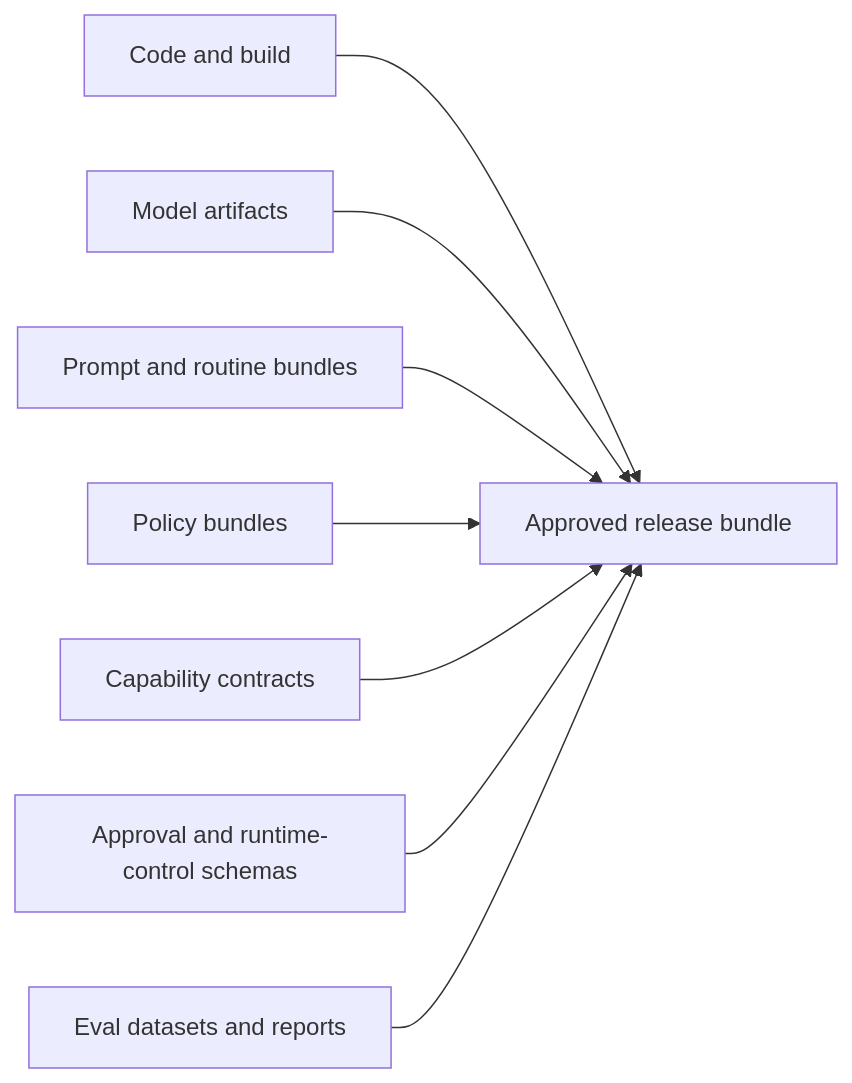
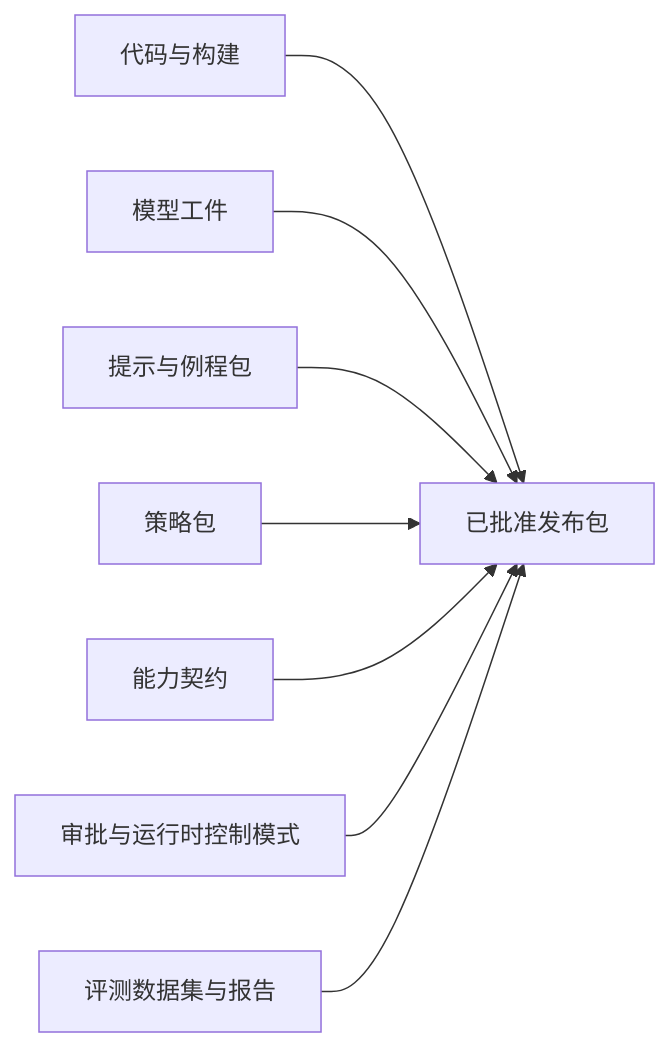
The diagram in docs/book/part-viii/chapter-22.zh.md (agent-axiom/agent-arch), drawn with Mermaid before and after one commit. The commit also changed other lines of this file, not shown here.

````diff
--- a/docs/book/part-viii/chapter-22.zh.md
+++ b/docs/book/part-viii/chapter-22.zh.md
@@ -119,10 +119,10 @@
 ``` mermaid
 flowchart LR
-    A["Code and build"] --> G["Approved release bundle"]
-    B["Model artifacts"] --> G
-    C["Prompt and routine bundles"] --> G
-    D["Policy bundles"] --> G
-    E["Capability contracts"] --> G
-    F["Approval and runtime-control schemas"] --> G
-    H["Eval datasets and reports"] --> G
+    A["代码与构建"] --> G["已批准发布包"]
+    B["模型工件"] --> G
+    C["提示与例程包"] --> G
+    D["策略包"] --> G
+    E["能力契约"] --> G
+    F["审批与运行时控制模式"] --> G
+    H["评测数据集与报告"] --> G
 ```
````
